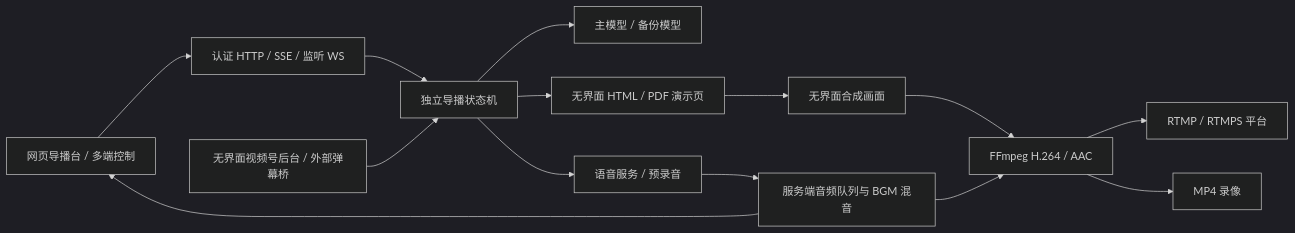
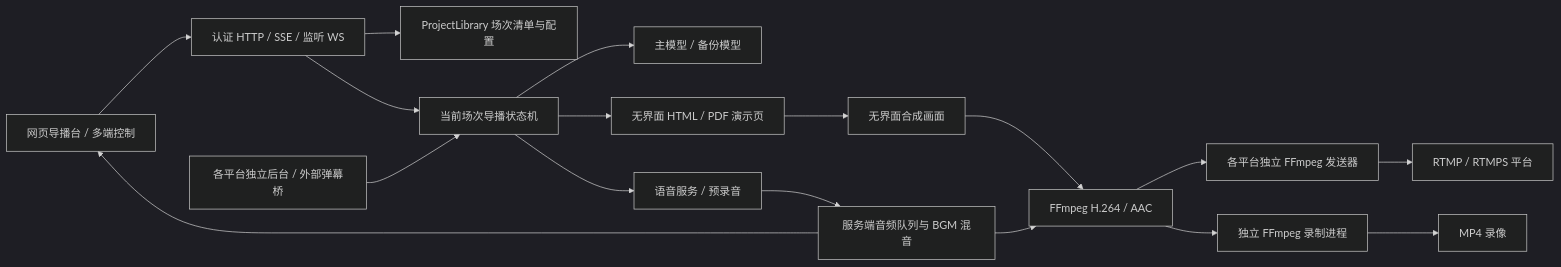
One commit to sliverp/xiaoyun-studio changed the first of 2 diagrams in docs/architecture.md. Above: the diagram before and after it, drawn with Mermaid (dark theme). The commit also changed other lines of this file and 7 other files, not shown here.

````diff
--- a/docs/architecture.md
+++ b/docs/architecture.md
@@ -5,16 +11,19 @@
 ```mermaid
 flowchart LR
   Console[网页导播台 / 多端控制] --> HTTP[认证 HTTP / SSE / 监听 WS]
-  HTTP --> Director[独立导播状态机]
-  Channels[无界面视频号后台 / 外部弹幕桥] --> Director
+  HTTP --> Library[ProjectLibrary 场次清单与配置]
+  HTTP --> Director[当前场次导播状态机]
+  Channels[各平台独立后台 / 外部弹幕桥] --> Director
   Director --> Model[主模型 / 备份模型]
   Director --> TTS[语音服务 / 预录音]
   Director --> Deck[无界面 HTML / PDF 演示页]
   Deck --> Scene[无界面合成画面]
   TTS --> Mixer[服务端音频队列与 BGM 混音]
   Scene --> Encoder[FFmpeg H.264 / AAC]
   Mixer --> Encoder
-  Encoder --> RTMP[RTMP / RTMPS 平台]
-  Encoder --> Recording[MP4 录像]
+  Encoder --> Senders[各平台独立 FFmpeg 发送器]
+  Senders --> RTMP[RTMP / RTMPS 平台]
+  Encoder --> Recorder[独立 FFmpeg 录制进程]
+  Recorder --> Recording[MP4 录像]
   Mixer --> Console
 ```
````
